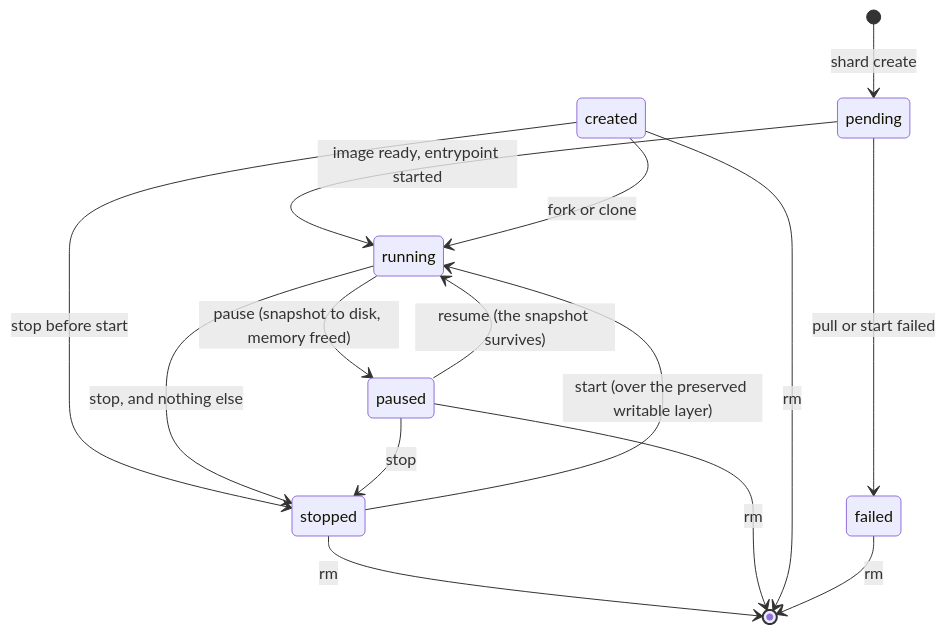
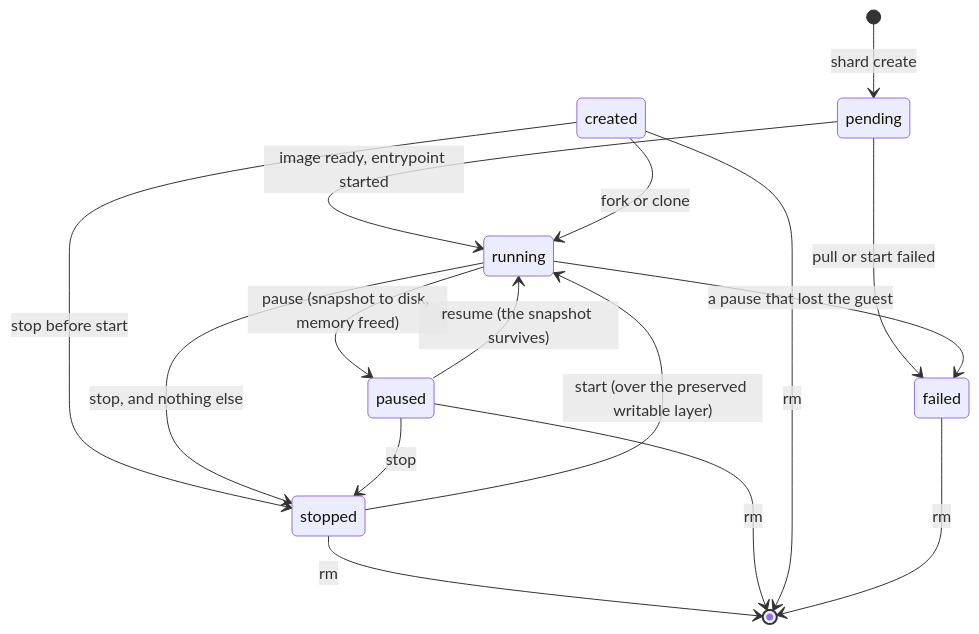
One commit to presmihaylov/shard changed the diagram in docs/state-machine.md. Above: the diagram before and after it, drawn with Mermaid. The commit also changed other lines of this file and 13 other files, not shown here.

First line of the commit message:
SHARD-336: a pause the client cut no longer kills the guest, and a lost one ends failed

````diff
--- a/docs/state-machine.md
+++ b/docs/state-machine.md
@@ -5,17 +5,18 @@
 ```mermaid
 stateDiagram-v2
     [*] --> pending: shard create
     pending --> running: image ready, entrypoint started
     pending --> failed: pull or start failed
     created --> running: fork or clone
     created --> stopped: stop before start
     running --> paused: pause (snapshot to disk, memory freed)
     running --> stopped: stop, and nothing else
+    running --> failed: a pause that lost the guest
     paused --> running: resume (the snapshot survives)
     paused --> stopped: stop
     stopped --> running: start (over the preserved writable layer)
     stopped --> [*]: rm
     paused --> [*]: rm
     created --> [*]: rm
     failed --> [*]: rm
 ```
````
